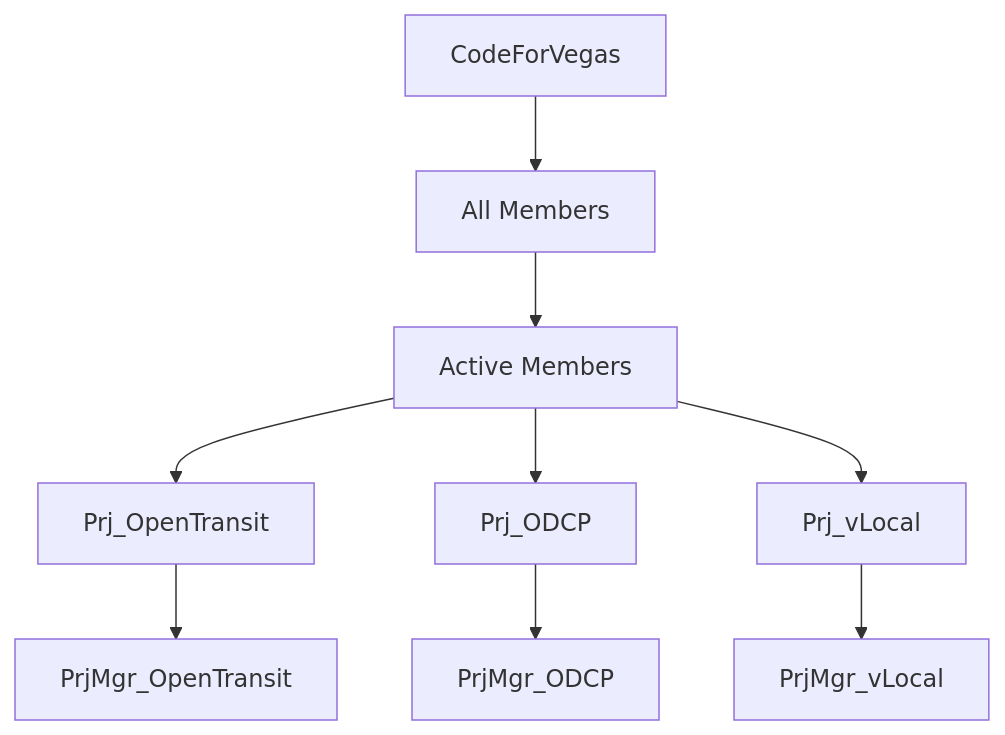
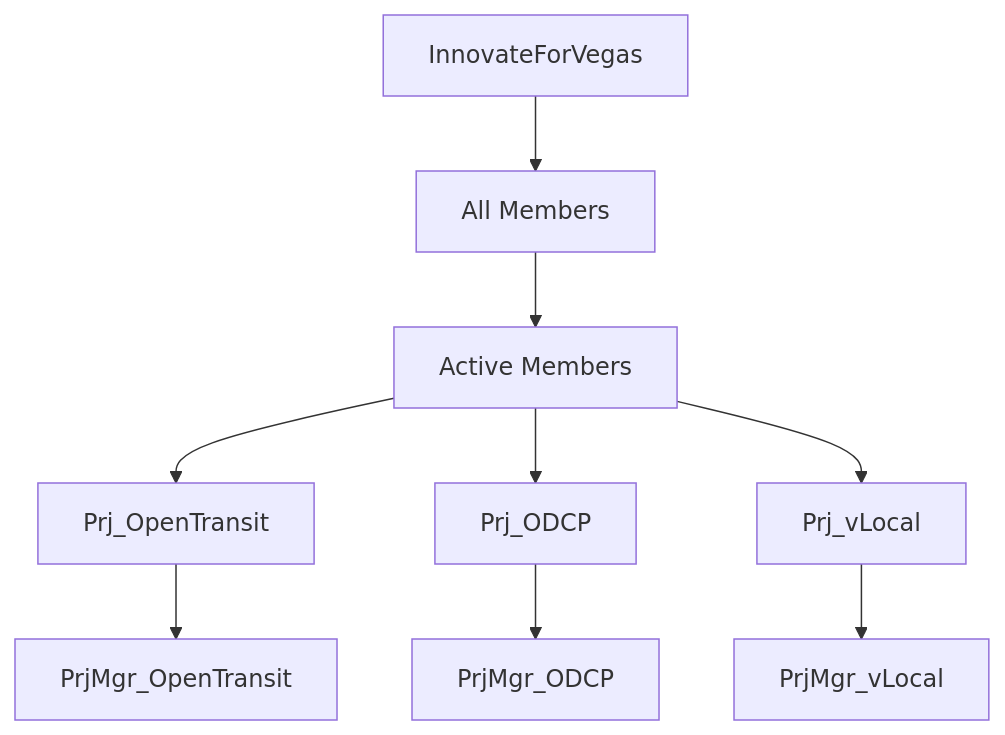
Before and after one commit to InnovateForVegas/doc-org-howtos: the diagram in doc/en/orgchart.md, drawn with Mermaid. The commit also changed 5 other files, not shown here.

Commit message:
fix: update org refs to InnovateForVegas

````diff
--- a/doc/en/orgchart.md
+++ b/doc/en/orgchart.md
@@ -32,11 +32,11 @@
 ```mermaid
 graph TD;
-    A[CodeForVegas]-->B[All Members];
+    A[InnovateForVegas]-->B[All Members];
     B-->C[Active Members];
     C-->M[Prj_OpenTransit];
     M-->N[PrjMgr_OpenTransit];
     C-->R[Prj_ODCP];
     R-->S[PrjMgr_ODCP];
     C-->J[Prj_vLocal];
     J-->K[PrjMgr_vLocal];
 ```
````
